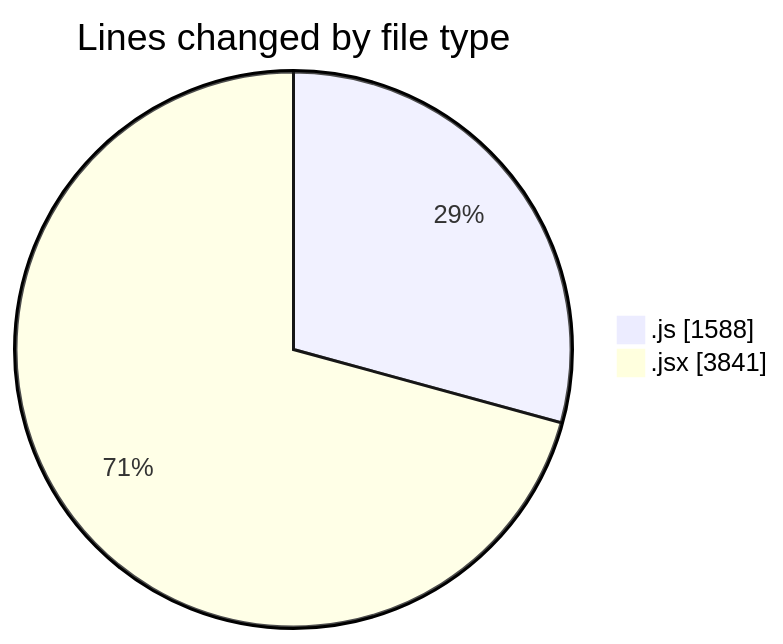
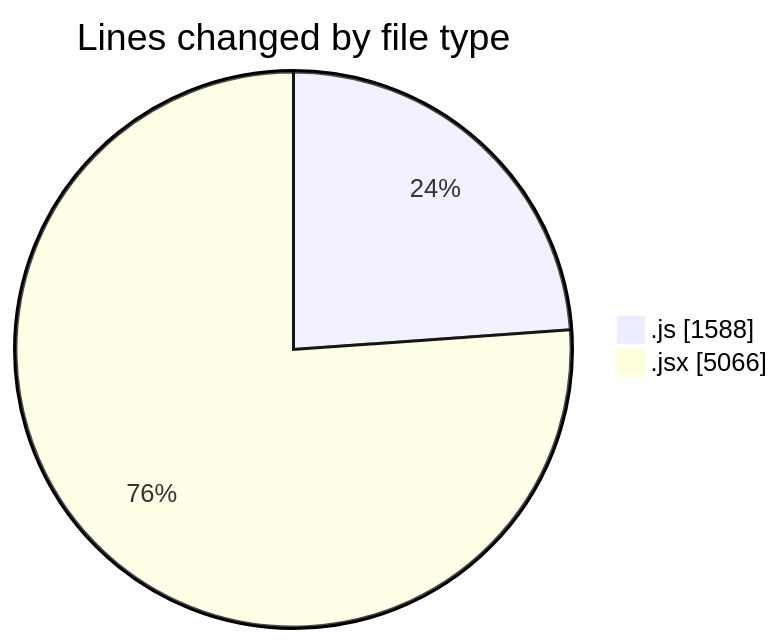
The first of 2 diagrams in 2026-01-15/nxtqube_webapp/README.md (nxtqubesakshisongat/code-tracking), drawn with Mermaid before and after one commit. The commit also changed other lines of this file and 1 other file, not shown here.

````diff
--- a/2026-01-15/nxtqube_webapp/README.md
+++ b/2026-01-15/nxtqube_webapp/README.md
@@ -26,6 +27,6 @@
 ```mermaid
 pie showData
 title Lines changed by file type
 ".js" : 1588
-".jsx" : 3841
+".jsx" : 5066
 ```
````
